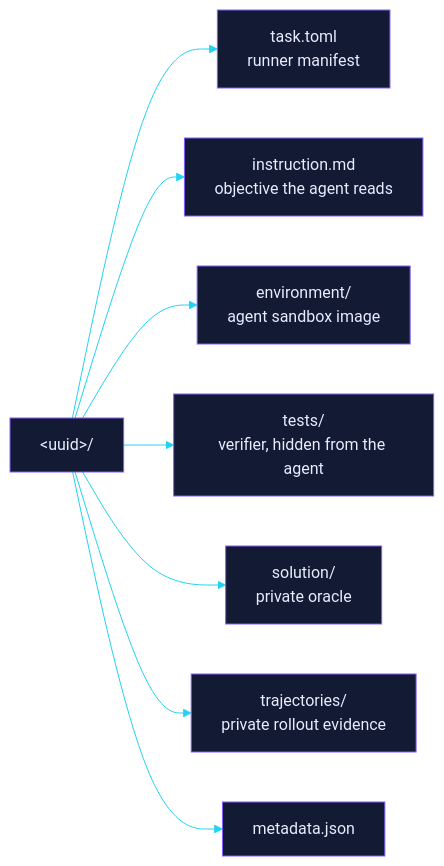
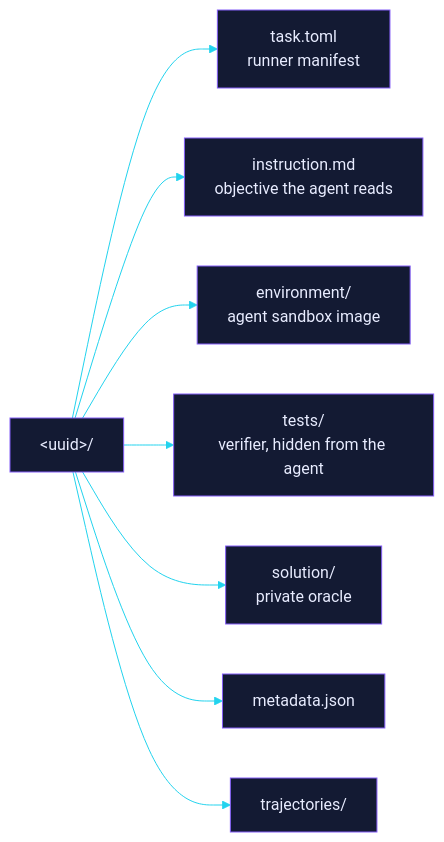
Before and after one commit to EtharaOrion/kakashi-samples: the first of 2 diagrams in README.md, drawn with Mermaid. The commit also changed other lines of this file, not shown here.

````diff
--- a/README.md
+++ b/README.md
@@ -67,12 +65,12 @@
 ```mermaid
 %%{init: {"theme":"base","themeVariables":{"primaryColor":"#131a33","primaryTextColor":"#e8ecff","primaryBorderColor":"#845EF7","lineColor":"#22d3ee","fontFamily":"monospace"}}}%%
 flowchart LR
     bundle["&lt;uuid&gt;/"]
     bundle --> n0["task.toml<br/>runner manifest"]
     bundle --> n1["instruction.md<br/>objective the agent reads"]
     bundle --> n2["environment/<br/>agent sandbox image"]
     bundle --> n3["tests/<br/>verifier, hidden from the agent"]
     bundle --> n4["solution/<br/>private oracle"]
-    bundle --> n5["trajectories/<br/>private rollout evidence"]
-    bundle --> n6["metadata.json"]
+    bundle --> n5["metadata.json"]
+    bundle --> n6["trajectories/"]
 ```
````
